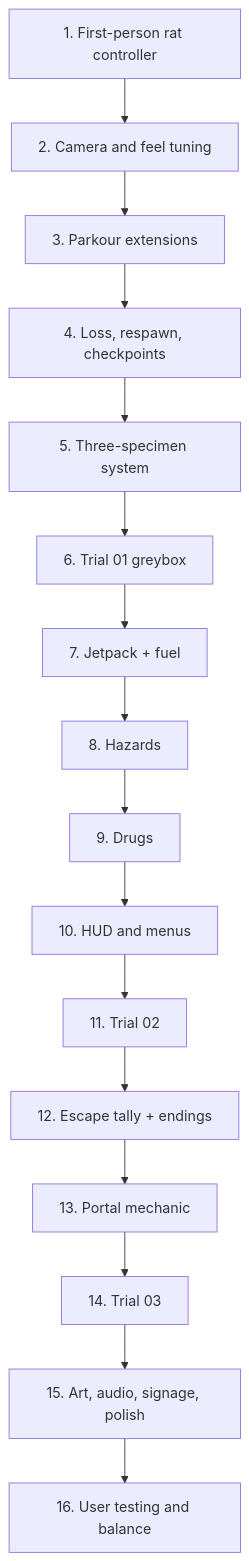
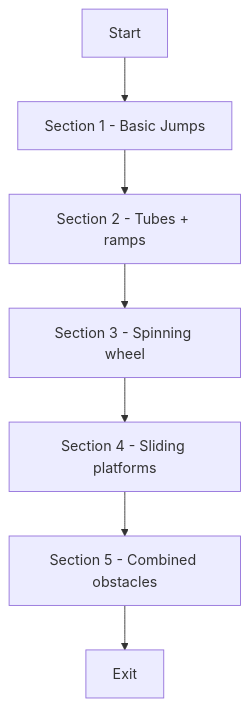
One commit to SavvyHack/Graphics-and-Interaction changed the diagram in README.md. Above: the diagram before and after it, drawn with Mermaid. The commit also changed other lines of this file and 5 other files, not shown here.

````diff
--- a/README.md
+++ b/README.md
@@ -1011,18 +142,9 @@
 ```mermaid
 flowchart TD
-    A[1. First-person rat controller] --> B[2. Camera and feel tuning]
-    B --> C[3. Parkour extensions]
-    C --> D[4. Loss, respawn, checkpoints]
-    D --> E[5. Three-specimen system]
-    E --> F[6. Trial 01 greybox]
-    F --> G[7. Jetpack + fuel]
-    G --> H[8. Hazards]
-    H --> I[9. Drugs]
-    I --> J[10. HUD and menus]
-    J --> K[11. Trial 02]
-    K --> L[12. Escape tally + endings]
-    L --> M[13. Portal mechanic]
-    M --> N[14. Trial 03]
-    N --> O[15. Art, audio, signage, polish]
-    O --> P[16. User testing and balance]
+    A[Start] --> B[Section 1 - Basic Jumps]
+    B --> C[Section 2 - Tubes + ramps]
+    C --> D[Section 3 - Spinning wheel]
+    D --> E[Section 4 - Sliding platforms]
+    E --> F[Section 5 - Combined obstacles]
+    F --> G[Exit]
 ```
````
